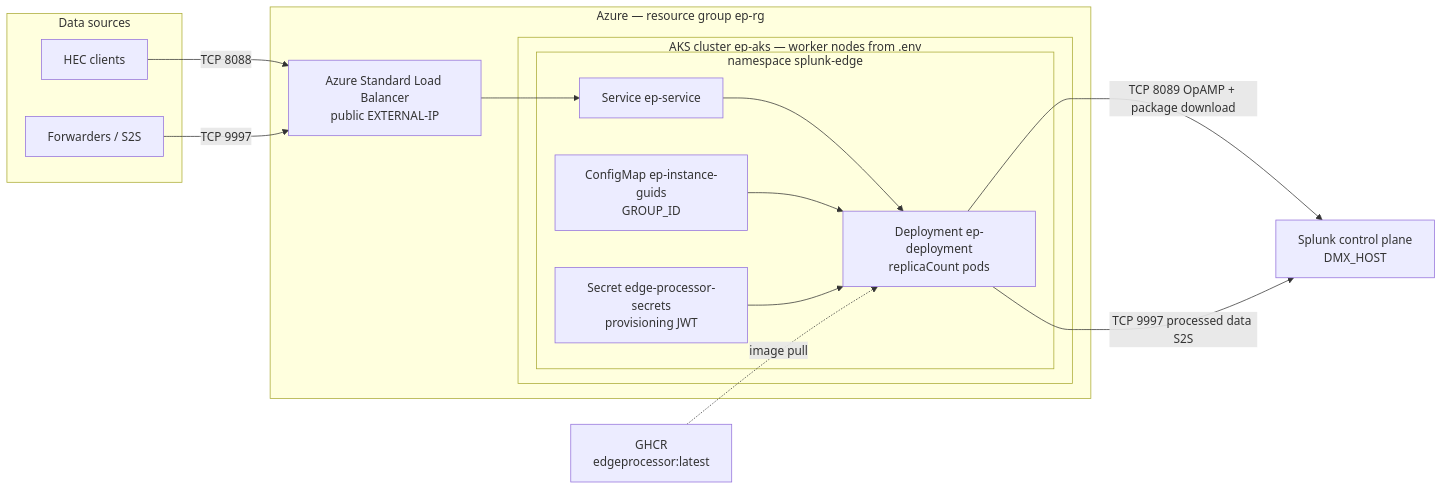
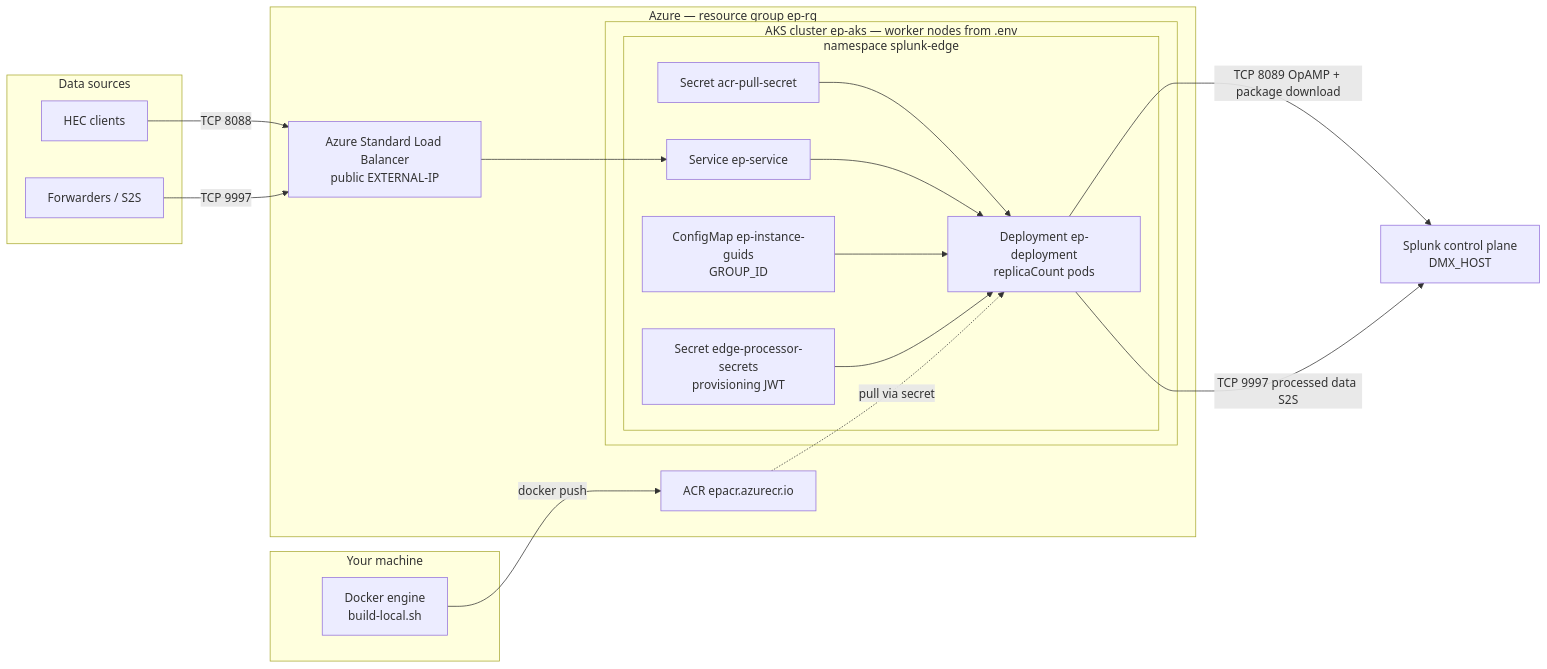
Before and after one commit to joshal-source/EP_AKS: the diagram in README.md, drawn with Mermaid. The commit also changed other lines of this file and 11 other files, not shown here.

First line of the commit message:
Switch to local Docker build with ACR pull secret auth.

````diff
--- a/README.md
+++ b/README.md
@@ -24,32 +26,39 @@
 ```mermaid
 flowchart LR
+  subgraph local["Your machine"]
+    docker["Docker engine<br/>build-local.sh"]
+  end
+
   subgraph sources["Data sources"]
     HEC["HEC clients"]
     UF["Forwarders / S2S"]
   end
 
   subgraph azure["Azure — resource group ep-rg"]
+    acr["ACR epacr.azurecr.io"]
     subgraph aks["AKS cluster ep-aks — worker nodes from .env"]
       subgraph ns["namespace splunk-edge"]
+        pullsec["Secret acr-pull-secret"]
         dep["Deployment ep-deployment<br/>replicaCount pods"]
         svc["Service ep-service"]
         cm["ConfigMap ep-instance-guids<br/>GROUP_ID"]
         sec["Secret edge-processor-secrets<br/>provisioning JWT"]
       end
     end
     lb["Azure Standard Load Balancer<br/>public EXTERNAL-IP"]
   end
 
-  ghcr["GHCR<br/>edgeprocessor:latest"]
   splunk["Splunk control plane<br/>DMX_HOST"]
 
+  docker -->|"docker push"| acr
+  pullsec --> dep
+  acr -.->|"pull via secret"| dep
   HEC -->|"TCP 8088"| lb
   UF -->|"TCP 9997"| lb
   lb --> svc
   svc --> dep
   cm --> dep
   sec --> dep
-  ghcr -.->|"image pull"| dep
   dep -->|"TCP 8089 OpAMP + package download"| splunk
   dep -->|"TCP 9997 processed data S2S"| splunk
 ```
````
